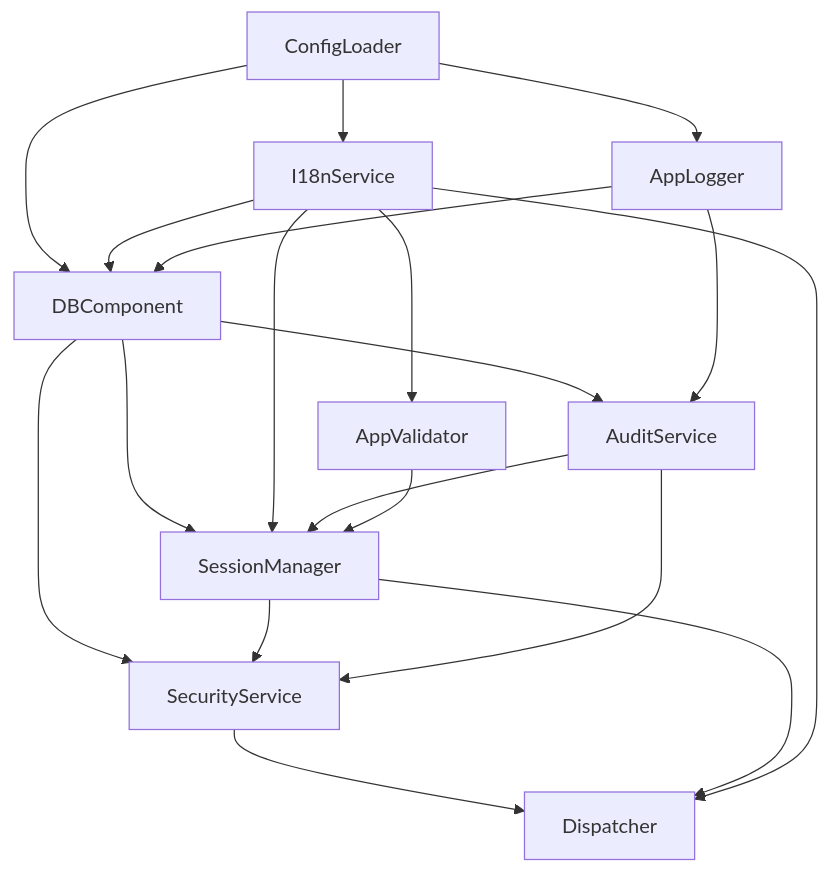
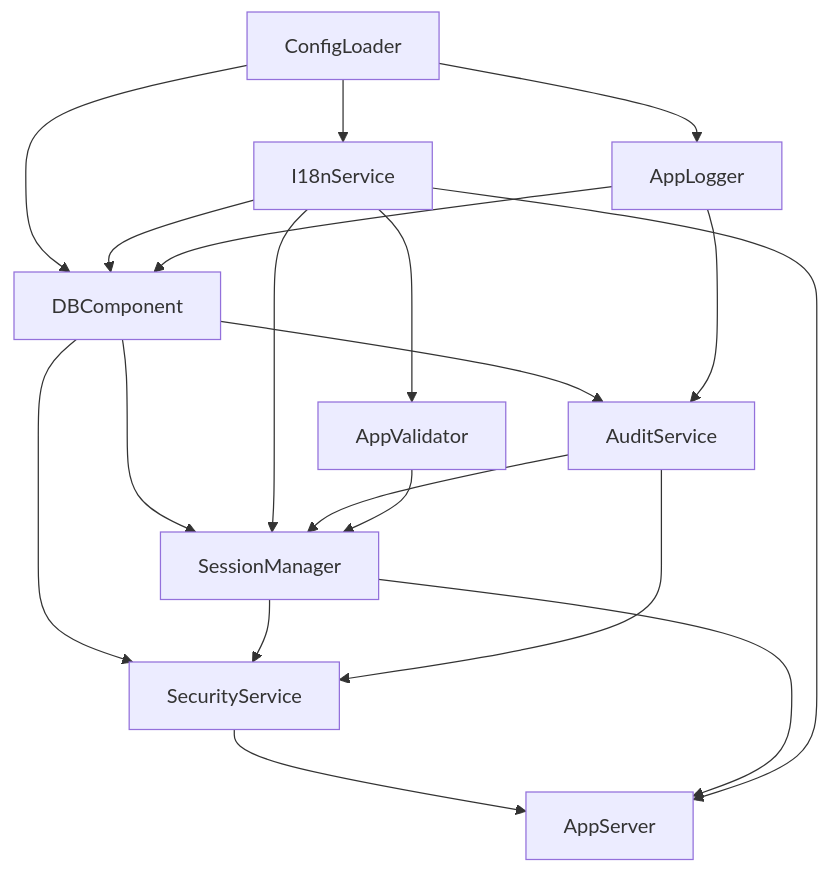
The diagram in docs/02-Architecture/BOOTSTRAP.en.md (EliabParra/toproc), drawn with Mermaid before and after one commit. The commit also changed other lines of this file and 22 other files, not shown here.

First line of the commit message:
refactor(api): architecture overhaul to SRP & double-layer docs

````diff
--- a/docs/02-Architecture/BOOTSTRAP.en.md
+++ b/docs/02-Architecture/BOOTSTRAP.en.md
@@ -40,21 +40,21 @@
 ```mermaid
 graph TD
     Config[ConfigLoader] --> I18n[I18nService]
     Config --> Logger[AppLogger]
     Config --> DB[DBComponent]
     I18n --> Validator[AppValidator]
     I18n --> DB
     Logger --> DB
     DB --> Audit[AuditService]
     Logger --> Audit
     DB --> Session[SessionManager]
     I18n --> Session
     Audit --> Session
     Validator --> Session
     DB --> Security[SecurityService]
     Session --> Security
     Audit --> Security
-    Security --> Dispatcher
-    Session --> Dispatcher
-    I18n --> Dispatcher
+    Security --> AppServer
+    Session --> AppServer
+    I18n --> AppServer
 ```
````
